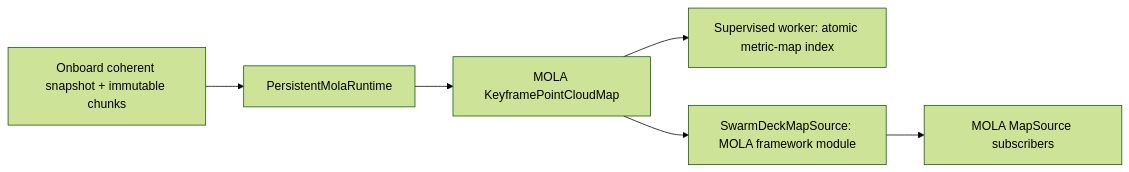
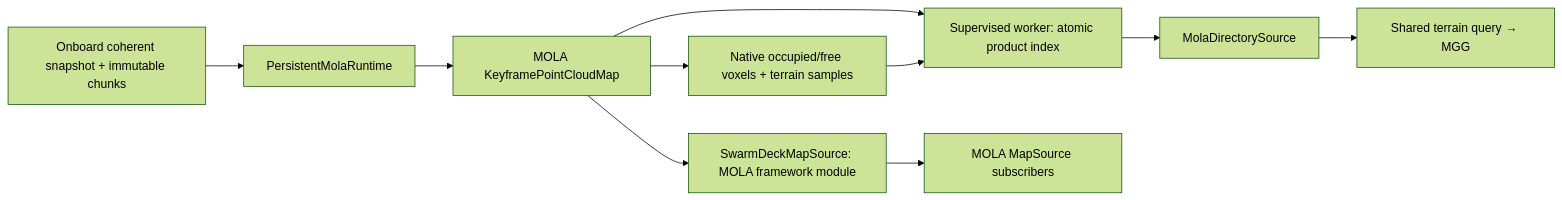
One commit to SimonR99/swarmdeck changed the diagram in docs/operations/mola-runtime.md. Above: the diagram before and after it, drawn with Mermaid (forest theme). The commit also changed other lines of this file and 34 other files, not shown here.

Commit message:
Add native MOLA planner grids and a verified map provider

````diff
--- a/docs/operations/mola-runtime.md
+++ b/docs/operations/mola-runtime.md
@@ -9,8 +9,12 @@
 ```mermaid
 flowchart LR
   Store["Onboard coherent snapshot + immutable chunks"] --> Runtime["PersistentMolaRuntime"]
   Runtime --> Geometry["MOLA KeyframePointCloudMap"]
-  Geometry --> Worker["Supervised worker: atomic metric-map index"]
+  Geometry --> Worker["Supervised worker: atomic product index"]
+  Geometry --> Grid["Native occupied/free voxels + terrain samples"]
+  Grid --> Worker
+  Worker --> Provider["MolaDirectorySource"]
+  Provider --> Query["Shared terrain query → MGG"]
   Geometry --> Module["SwarmDeckMapSource: MOLA framework module"]
   Module --> Consumers["MOLA MapSource subscribers"]
 ```
````
